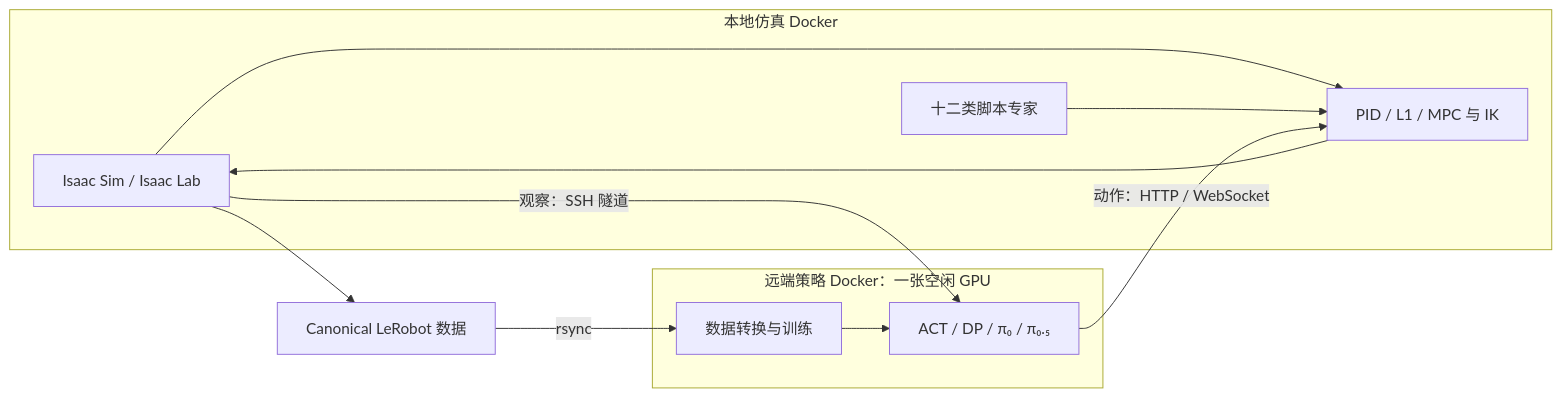
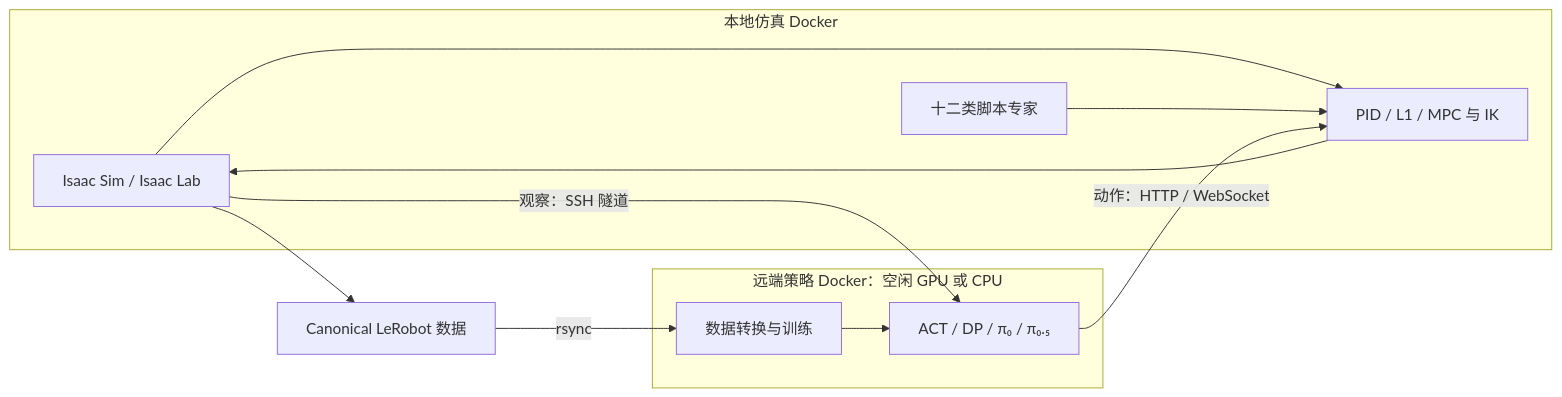
One commit to superboySB/ambench changed the diagram in note.md. Above: the diagram before and after it, drawn with Mermaid. The commit also changed other lines of this file and 3 other files, not shown here.

````diff
--- a/note.md
+++ b/note.md
@@ -16,21 +16,21 @@
 ```mermaid
 flowchart LR
   subgraph Local[本地仿真 Docker]
     Isaac[Isaac Sim / Isaac Lab]
     Low[PID / L1 / MPC 与 IK]
     Expert[十二类脚本专家]
     Isaac --> Low
     Expert --> Low
   end
   Data[Canonical LeRobot 数据]
-  subgraph Remote[远端策略 Docker：一张空闲 GPU]
+  subgraph Remote[远端策略 Docker：空闲 GPU 或 CPU]
     Model[ACT / DP / π₀ / π₀.₅]
     Train[数据转换与训练]
     Train --> Model
   end
   Isaac --> Data
   Data -->|rsync| Train
   Isaac -->|观察：SSH 隧道| Model
   Model -->|动作：HTTP / WebSocket| Low
   Low --> Isaac
 ```
````
